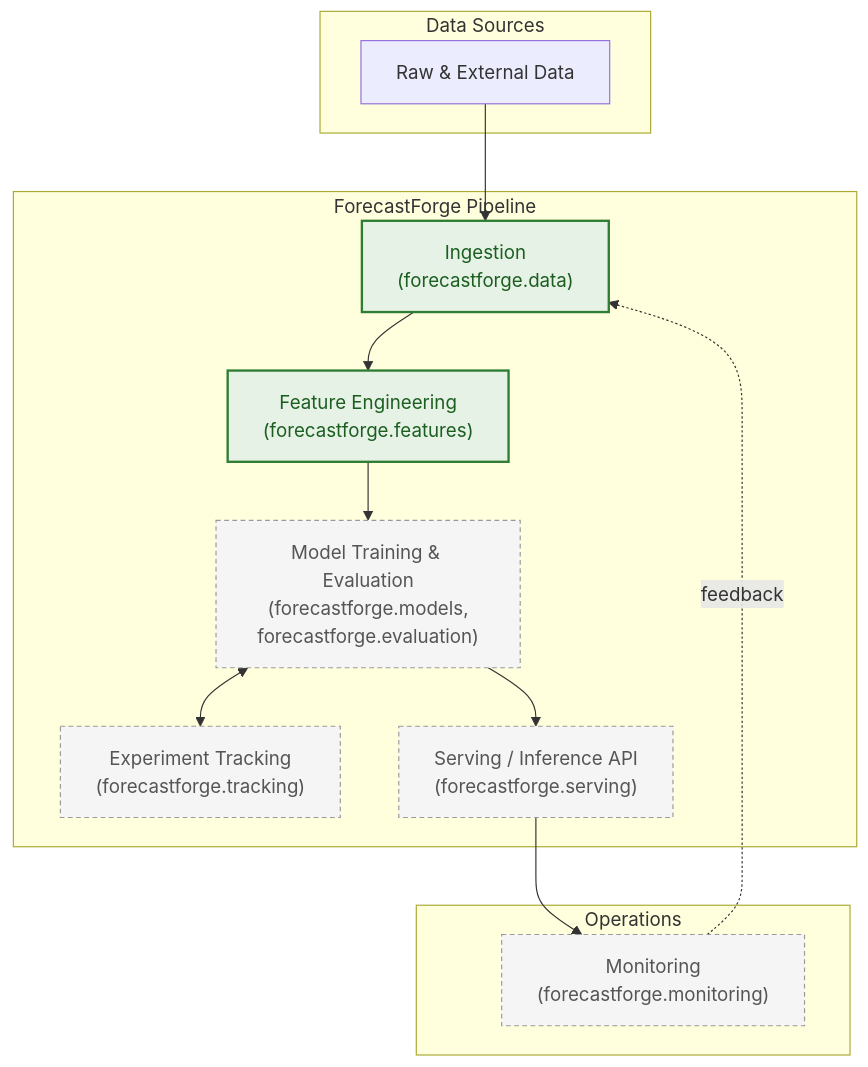
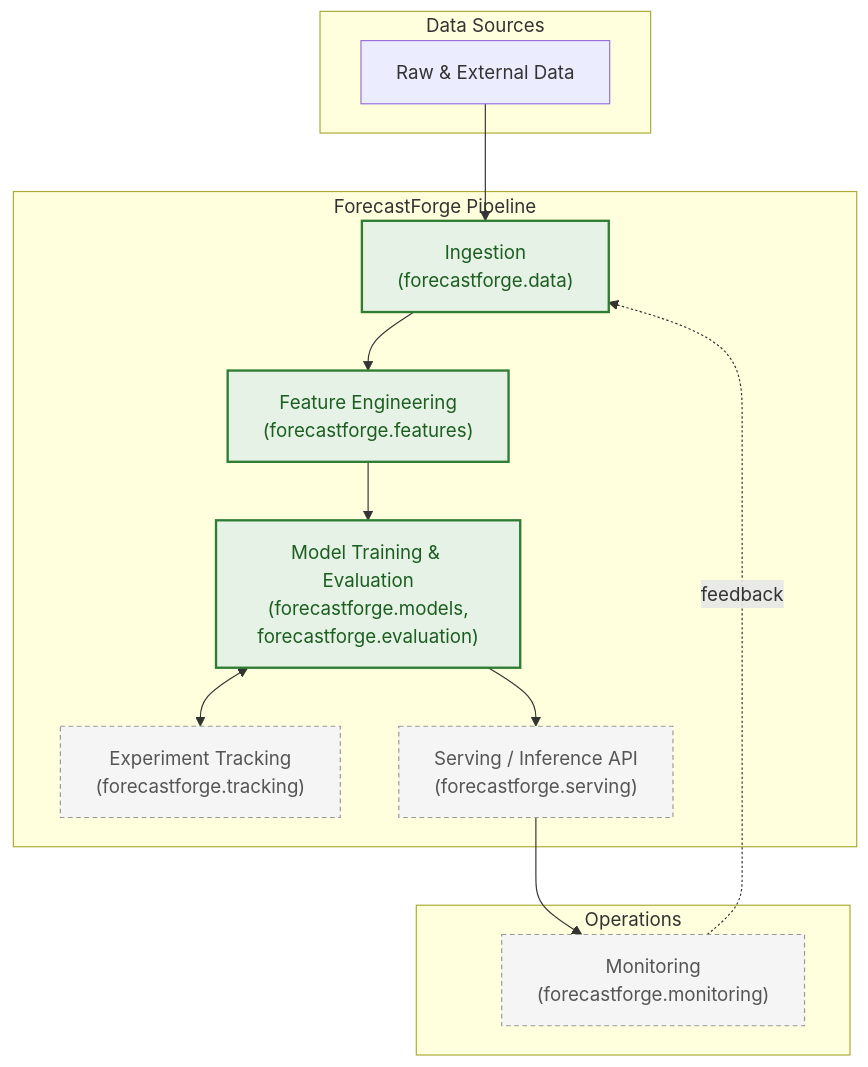
One commit to Abolfazlrwm/forecastforge changed the diagram in README.md. Above: the diagram before and after it, drawn with Mermaid. The commit also changed other lines of this file and 6 other files, not shown here.

````diff
--- a/README.md
+++ b/README.md
@@ -65,28 +68,28 @@
 ```mermaid
 flowchart TD
     subgraph sources["Data Sources"]
         A[Raw & External Data]
     end
 
     subgraph pipeline["ForecastForge Pipeline"]
         B["Ingestion<br/>(forecastforge.data)"]
         C["Feature Engineering<br/>(forecastforge.features)"]
         D["Model Training & Evaluation<br/>(forecastforge.models,<br/>forecastforge.evaluation)"]
         E["Experiment Tracking<br/>(forecastforge.tracking)"]
         F["Serving / Inference API<br/>(forecastforge.serving)"]
     end
 
     subgraph ops["Operations"]
         G["Monitoring<br/>(forecastforge.monitoring)"]
     end
 
     A --> B --> C --> D --> F
     D <--> E
     F --> G
     G -. feedback .-> B
 
     classDef implemented fill:#e6f2e6,stroke:#2e7d32,stroke-width:2px,color:#1b5e20;
     classDef planned fill:#f5f5f5,stroke:#999,stroke-dasharray: 4 3,color:#555;
-    class B,C implemented;
-    class D,E,F,G planned;
+    class B,C,D implemented;
+    class E,F,G planned;
 ```
````
